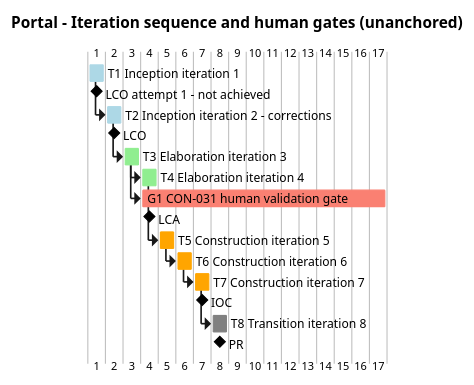
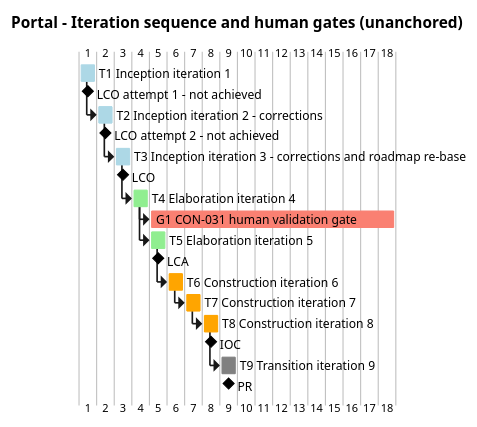
The first of 8 diagrams in docs/artifacts/project-management/iteration-plan.md (banense-test/portal), drawn with PlantUML before and after one commit. The commit also changed other lines of this file, not shown here.

First line of the commit message:
Project Manager [I2]: upsert Iteration Plan

````diff
--- a/docs/artifacts/project-management/iteration-plan.md
+++ b/docs/artifacts/project-management/iteration-plan.md
@@ -50,50 +51,56 @@
 ```plantuml
 @startgantt
 title Portal - Iteration sequence and human gates (unanchored)
 
 [T1 Inception iteration 1] lasts 1 day
 [T1 Inception iteration 1] is colored in LightBlue
 
 [LCO attempt 1 - not achieved] happens at [T1 Inception iteration 1]'s end
 
 [T2 Inception iteration 2 - corrections] lasts 1 day
 [T2 Inception iteration 2 - corrections] starts at [T1 Inception iteration 1]'s end
 [T2 Inception iteration 2 - corrections] is colored in LightBlue
 
-[LCO] happens at [T2 Inception iteration 2 - corrections]'s end
+[LCO attempt 2 - not achieved] happens at [T2 Inception iteration 2 - corrections]'s end
 
-[T3 Elaboration iteration 3] lasts 1 day
-[T3 Elaboration iteration 3] starts at [T2 Inception iteration 2 - corrections]'s end
-[T3 Elaboration iteration 3] is colored in LightGreen
+[T3 Inception iteration 3 - corrections and roadmap re-base] lasts 1 day
+[T3 Inception iteration 3 - corrections and roadmap re-base] starts at [T2 Inception iteration 2 - corrections]'s end
+[T3 Inception iteration 3 - corrections and roadmap re-base] is colored in LightBlue
+
+[LCO] happens at [T3 Inception iteration 3 - corrections and roadmap re-base]'s end
 
 [T4 Elaboration iteration 4] lasts 1 day
-[T4 Elaboration iteration 4] starts at [T3 Elaboration iteration 3]'s end
+[T4 Elaboration iteration 4] starts at [T3 Inception iteration 3 - corrections and roadmap re-base]'s end
 [T4 Elaboration iteration 4] is colored in LightGreen
 
 [G1 CON-031 human validation gate] lasts 14 days
-[G1 CON-031 human validation gate] starts at [T3 Elaboration iteration 3]'s end
+[G1 CON-031 human validation gate] starts at [T4 Elaboration iteration 4]'s end
 [G1 CON-031 human validation gate] is colored in Salmon
 
-[LCA] happens at [T4 Elaboration iteration 4]'s end
+[T5 Elaboration iteration 5] lasts 1 day
+[T5 Elaboration iteration 5] starts at [T4 Elaboration iteration 4]'s end
+[T5 Elaboration iteration 5] is colored in LightGreen
 
-[T5 Construction iteration 5] lasts 1 day
-[T5 Construction iteration 5] starts at [T4 Elaboration iteration 4]'s end
-[T5 Construction iteration 5] is colored in Orange
+[LCA] happens at [T5 Elaboration iteration 5]'s end
 
 [T6 Construction iteration 6] lasts 1 day
-[T6 Construction iteration 6] starts at [T5 Construction iteration 5]'s end
+[T6 Construction iteration 6] starts at [T5 Elaboration iteration 5]'s end
 [T6 Construction iteration 6] is colored in Orange
 
 [T7 Construction iteration 7] lasts 1 day
 [T7 Construction iteration 7] starts at [T6 Construction iteration 6]'s end
 [T7 Construction iteration 7] is colored in Orange
 
-[IOC] happens at [T7 Construction iteration 7]'s end
+[T8 Construction iteration 8] lasts 1 day
+[T8 Construction iteration 8] starts at [T7 Construction iteration 7]'s end
+[T8 Construction iteration 8] is colored in Orange
 
-[T8 Transition iteration 8] lasts 1 day
-[T8 Transition iteration 8] starts at [T7 Construction iteration 7]'s end
-[T8 Transition iteration 8] is colored in Grey
+[IOC] happens at [T8 Construction iteration 8]'s end
 
-[PR] happens at [T8 Transition iteration 8]'s end
+[T9 Transition iteration 9] lasts 1 day
+[T9 Transition iteration 9] starts at [T8 Construction iteration 8]'s end
+[T9 Transition iteration 9] is colored in Grey
+
+[PR] happens at [T9 Transition iteration 9]'s end
 @endgantt
 ```
````
